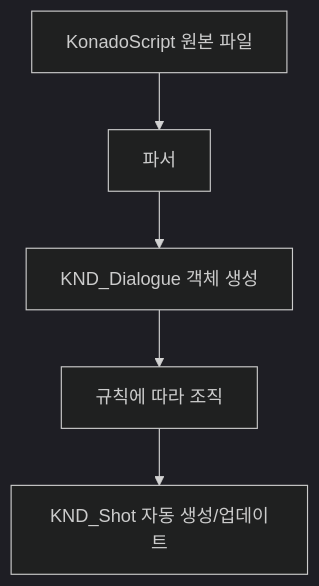
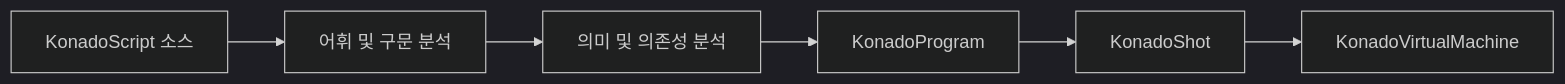
Before and after one commit to DSOE1024/konado: the diagram in docs/ko/latest/tutorial/core/shot-and-dialogue.md, drawn with Mermaid (dark theme). The commit also changed other lines of this file and 110 other files, not shown here.

````diff
--- a/docs/ko/latest/tutorial/core/shot-and-dialogue.md
+++ b/docs/ko/latest/tutorial/core/shot-and-dialogue.md
@@ -32,8 +24,8 @@
 ```mermaid
-graph TD
-    A["KonadoScript 원본 파일"] --> B["파서"]
-    B --> C["KND_Dialogue 객체 생성"]
-    C --> D["규칙에 따라 조직"]
-    D --> E["KND_Shot 자동 생성/업데이트"]
-
+graph LR
+    A["KonadoScript 소스"] --> B["어휘 및 구문 분석"]
+    B --> C["의미 및 의존성 분석"]
+    C --> D["KonadoProgram"]
+    D --> E["KonadoShot"]
+    E --> F["KonadoVirtualMachine"]
 ```
````
